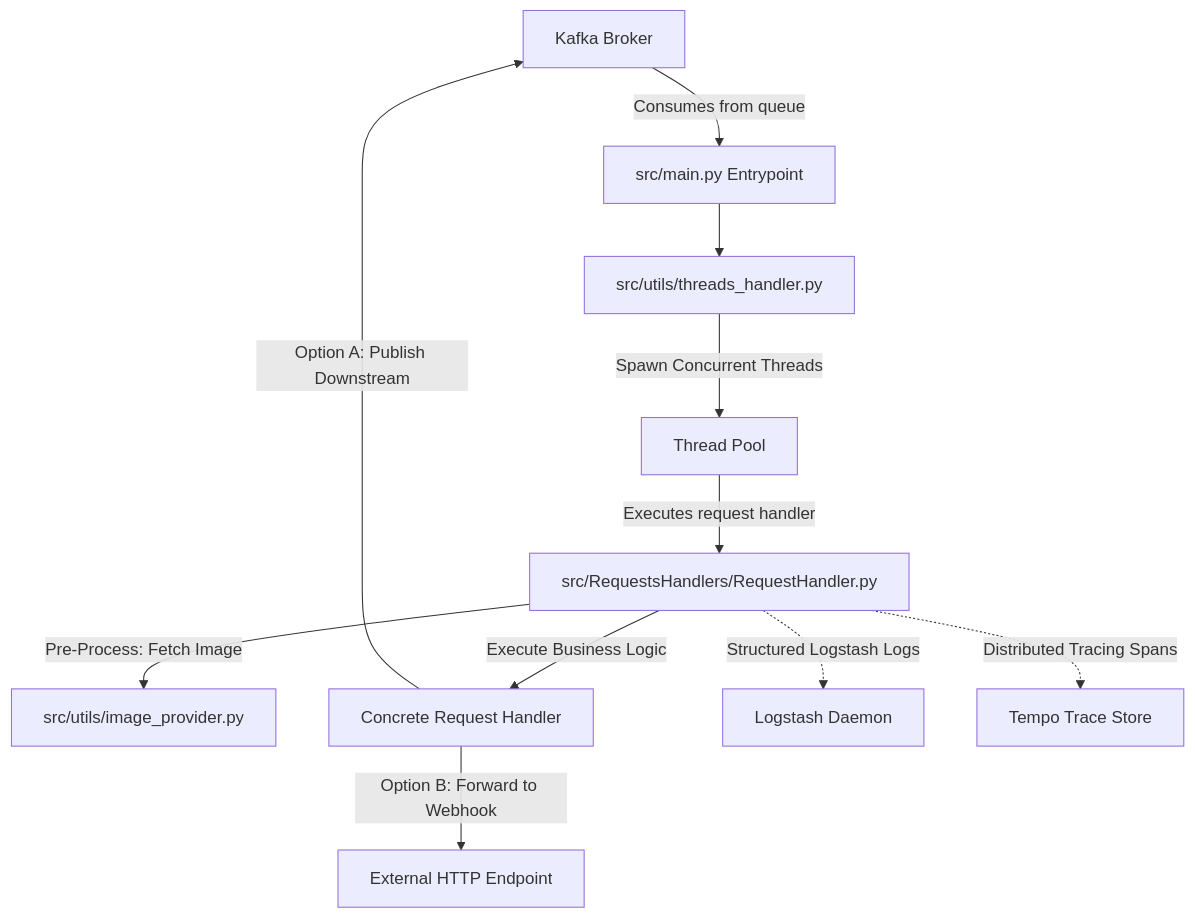
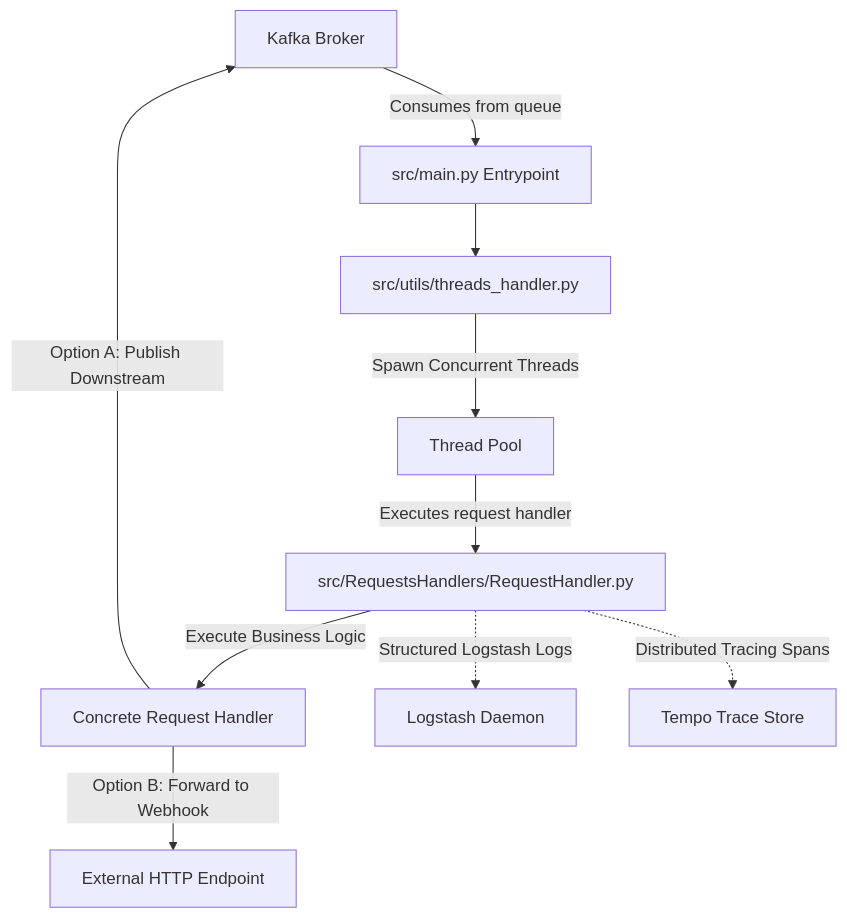
The diagram in README.md (Dorokah/ItemsProcessor), drawn with Mermaid before and after one commit. The commit also changed 6 other files, not shown here.

Commit message:
Remove all image_provider.py logic, configurations, and files from the codebase

````diff
--- a/README.md
+++ b/README.md
@@ -21,14 +21,13 @@
 ```mermaid
 graph TD
     A[Kafka Broker] -->|Consumes from queue| B[src/main.py Entrypoint]
     B --> C[src/utils/threads_handler.py]
     C -->|Spawn Concurrent Threads| D[Thread Pool]
     D -->|Executes request handler| E[src/RequestsHandlers/RequestHandler.py]
-    E -->|Pre-Process: Fetch Image| F[src/utils/image_provider.py]
     E -->|Execute Business Logic| G[Concrete Request Handler]
     G -->|Option A: Publish Downstream| A
     G -->|Option B: Forward to Webhook| H[External HTTP Endpoint]
     
     E -.->|Structured Logstash Logs| I[Logstash Daemon]
     E -.->|Distributed Tracing Spans| J[Tempo Trace Store]
 ```
````
